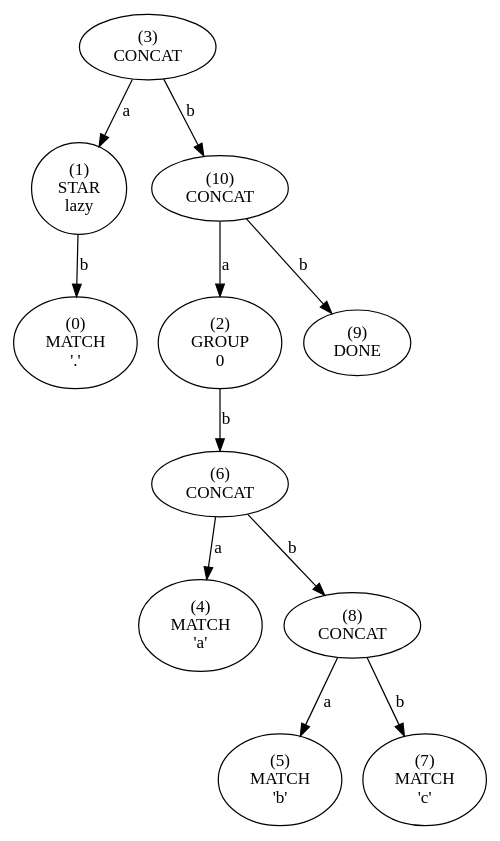
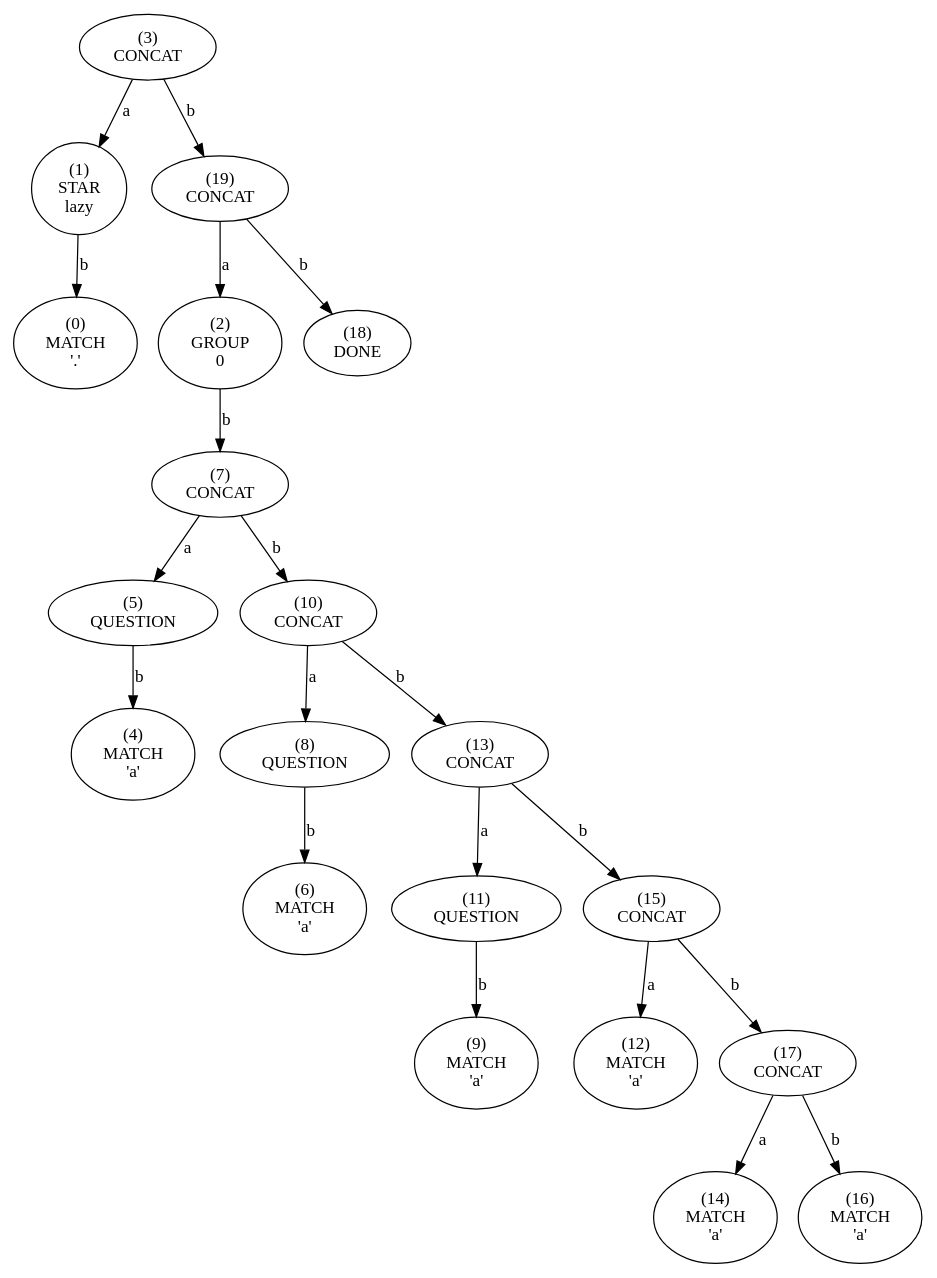
Before and after one commit to essele/rele: the diagram in tree.dot, drawn with Graphviz. The commit also changed 20 other files, not shown here.

```diff
--- a/tree.dot
+++ b/tree.dot
@@ -1,45 +1,81 @@
 digraph tree {
-    n0xc44a8a4a1330 [label="(3)
+    n0xc42c490cf330 [label="(3)
 CONCAT
 "];
-    n0xc44a8a4a1330 -> n0xc44a8a4a12f0 [label="a"];
-    n0xc44a8a4a12f0 [label="(1)
+    n0xc42c490cf330 -> n0xc42c490cf2f0 [label="a"];
+    n0xc42c490cf2f0 [label="(1)
 STAR
 lazy"];
-    n0xc44a8a4a12f0 -> n0xc44a8a4a12d0 [label="b"];
-    n0xc44a8a4a12d0 [label="(0)
+    n0xc42c490cf2f0 -> n0xc42c490cf2d0 [label="b"];
+    n0xc42c490cf2d0 [label="(0)
 MATCH
 '.'"];
-    n0xc44a8a4a1330 -> n0xc44a8a4a1410 [label="b"];
-    n0xc44a8a4a1410 [label="(10)
+    n0xc42c490cf330 -> n0xc42c490cf530 [label="b"];
+    n0xc42c490cf530 [label="(19)
 CONCAT
 "];
-    n0xc44a8a4a1410 -> n0xc44a8a4a1310 [label="a"];
-    n0xc44a8a4a1310 [label="(2)
+    n0xc42c490cf530 -> n0xc42c490cf310 [label="a"];
+    n0xc42c490cf310 [label="(2)
 GROUP
 0"];
-    n0xc44a8a4a1310 -> n0xc44a8a4a1390 [label="b"];
-    n0xc44a8a4a1390 [label="(6)
+    n0xc42c490cf310 -> n0xc42c490cf3b0 [label="b"];
+    n0xc42c490cf3b0 [label="(7)
 CONCAT
 "];
-    n0xc44a8a4a1390 -> n0xc44a8a4a1350 [label="a"];
-    n0xc44a8a4a1350 [label="(4)
+    n0xc42c490cf3b0 -> n0xc42c490cf370 [label="a"];
+    n0xc42c490cf370 [label="(5)
+QUESTION
+"];
+    n0xc42c490cf370 -> n0xc42c490cf350 [label="b"];
+    n0xc42c490cf350 [label="(4)
 MATCH
 'a'"];
-    n0xc44a8a4a1390 -> n0xc44a8a4a13d0 [label="b"];
-    n0xc44a8a4a13d0 [label="(8)
+    n0xc42c490cf3b0 -> n0xc42c490cf410 [label="b"];
+    n0xc42c490cf410 [label="(10)
 CONCAT
 "];
-    n0xc44a8a4a13d0 -> n0xc44a8a4a1370 [label="a"];
-    n0xc44a8a4a1370 [label="(5)
+    n0xc42c490cf410 -> n0xc42c490cf3d0 [label="a"];
+    n0xc42c490cf3d0 [label="(8)
+QUESTION
+"];
+    n0xc42c490cf3d0 -> n0xc42c490cf390 [label="b"];
+    n0xc42c490cf390 [label="(6)
 MATCH
-'b'"];
-    n0xc44a8a4a13d0 -> n0xc44a8a4a13b0 [label="b"];
-    n0xc44a8a4a13b0 [label="(7)
+'a'"];
+    n0xc42c490cf410 -> n0xc42c490cf470 [label="b"];
+    n0xc42c490cf470 [label="(13)
+CONCAT
+"];
+    n0xc42c490cf470 -> n0xc42c490cf430 [label="a"];
+    n0xc42c490cf430 [label="(11)
+QUESTION
+"];
+    n0xc42c490cf430 -> n0xc42c490cf3f0 [label="b"];
+    n0xc42c490cf3f0 [label="(9)
 MATCH
-'c'"];
-    n0xc44a8a4a1410 -> n0xc44a8a4a13f0 [label="b"];
-    n0xc44a8a4a13f0 [label="(9)
+'a'"];
+    n0xc42c490cf470 -> n0xc42c490cf4b0 [label="b"];
+    n0xc42c490cf4b0 [label="(15)
+CONCAT
+"];
+    n0xc42c490cf4b0 -> n0xc42c490cf450 [label="a"];
+    n0xc42c490cf450 [label="(12)
+MATCH
+'a'"];
+    n0xc42c490cf4b0 -> n0xc42c490cf4f0 [label="b"];
+    n0xc42c490cf4f0 [label="(17)
+CONCAT
+"];
+    n0xc42c490cf4f0 -> n0xc42c490cf490 [label="a"];
+    n0xc42c490cf490 [label="(14)
+MATCH
+'a'"];
+    n0xc42c490cf4f0 -> n0xc42c490cf4d0 [label="b"];
+    n0xc42c490cf4d0 [label="(16)
+MATCH
+'a'"];
+    n0xc42c490cf530 -> n0xc42c490cf510 [label="b"];
+    n0xc42c490cf510 [label="(18)
 DONE
 "];
 }
```
